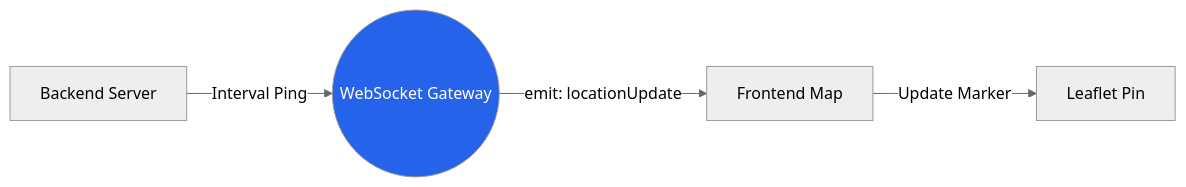
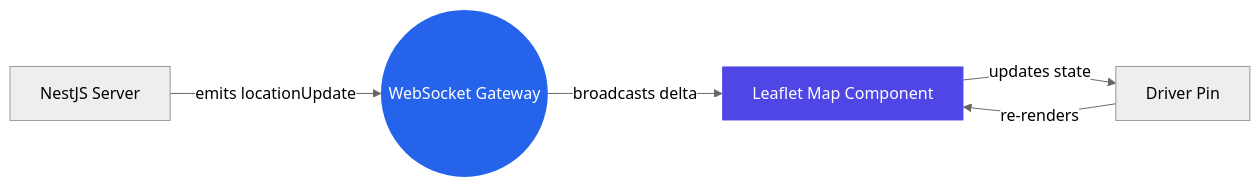
One commit to pthanksdev/LogiBoard changed the third of 7 diagrams in README.md. Above: the diagram before and after it, drawn with Mermaid (neutral theme). The commit also changed other lines of this file, not shown here.

Commit message:
docs: add comprehensive README with architecture diagrams

````diff
--- a/README.md
+++ b/README.md
@@ -78,7 +133,15 @@
 ```mermaid
 graph LR
-    BS[Backend Server] -->|Interval Ping| WS((WebSocket Gateway))
-    WS -->|emit: locationUpdate| FM[Frontend Map]
-    FM -->|Update Marker| LP[Leaflet Pin]
-    style WS fill:#2563eb,color:#fff
+    BE[NestJS Server]
+    GW((WebSocket Gateway))
+    MAP[Leaflet Map Component]
+    PIN[Driver Pin]
+
+    BE -- emits locationUpdate --> GW
+    GW -- broadcasts delta --> MAP
+    MAP -- updates state --> PIN
+    PIN -- re-renders --> MAP
+
+    style GW fill:#2563eb,color:#fff,stroke:none
+    style MAP fill:#4f46e5,color:#fff,stroke:none
 ```
````
